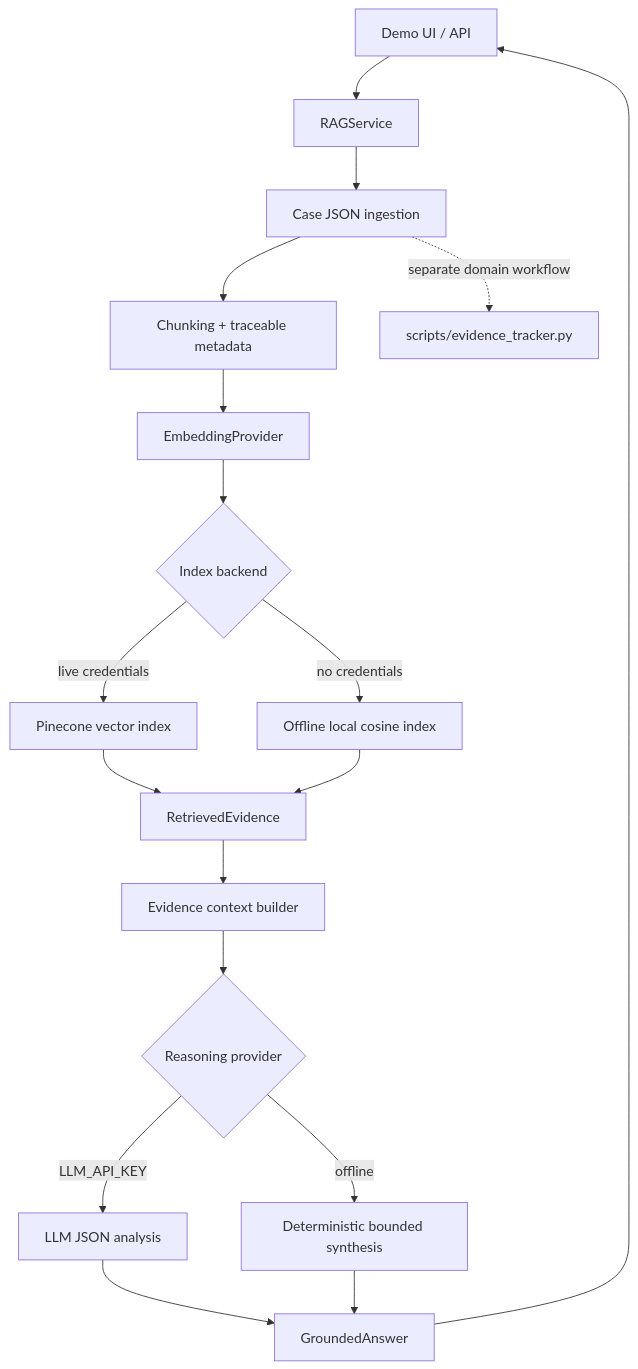
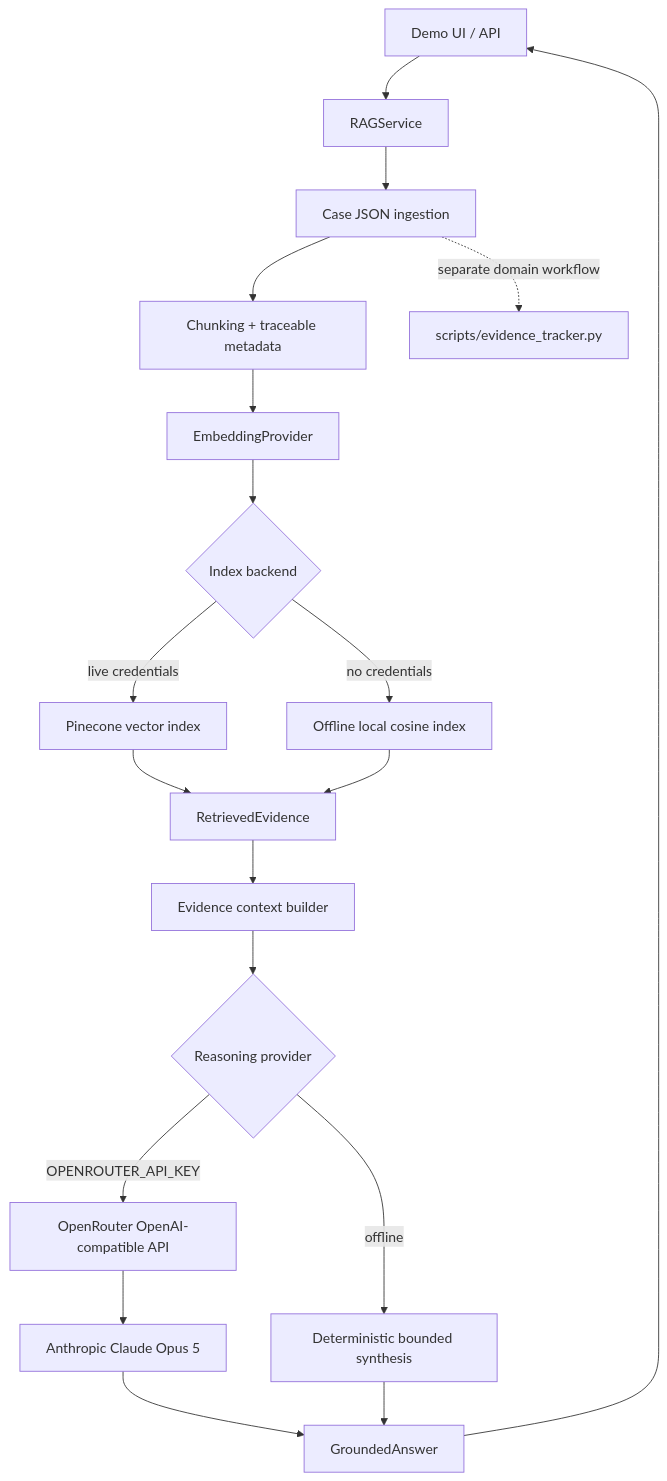
Before and after one commit to Brunny2023/due-diligence-intelligence: the diagram in ARCHITECTURE.md, drawn with Mermaid. The commit also changed other lines of this file and 5 other files, not shown here.

Commit message:
Add OpenRouter Claude Opus 5 provider

````diff
--- a/ARCHITECTURE.md
+++ b/ARCHITECTURE.md
@@ -5,20 +5,21 @@
 ```mermaid
 flowchart TD
   A[Demo UI / API] --> B[RAGService]
   B --> C[Case JSON ingestion]
   C --> D[Chunking + traceable metadata]
   D --> E[EmbeddingProvider]
   E --> F{Index backend}
   F -->|live credentials| G[Pinecone vector index]
   F -->|no credentials| H[Offline local cosine index]
   G --> I[RetrievedEvidence]
   H --> I
   I --> J[Evidence context builder]
   J --> K{Reasoning provider}
-  K -->|LLM_API_KEY| L[LLM JSON analysis]
-  K -->|offline| M[Deterministic bounded synthesis]
-  L --> N[GroundedAnswer]
-  M --> N
-  N --> A
-  C -. separate domain workflow .-> O[scripts/evidence_tracker.py]
+  K -->|OPENROUTER_API_KEY| L[OpenRouter OpenAI-compatible API]
+  L --> M[Anthropic Claude Opus 5]
+  K -->|offline| N[Deterministic bounded synthesis]
+  M --> O[GroundedAnswer]
+  N --> O
+  O --> A
+  C -. separate domain workflow .-> P[scripts/evidence_tracker.py]
 ```
````
